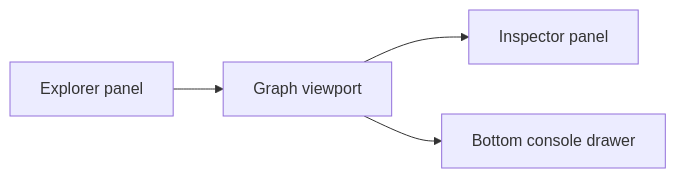
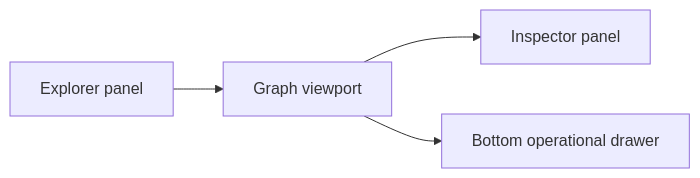
One commit to dunay2/dvt changed the first of 4 diagrams in docs/architecture/components/web/screen-layout-and-cross-surface-behavior-rules.md. Above: the diagram before and after it, drawn with Mermaid. The commit also changed 43 other files, not shown here.

Commit message:
refactor(web): Canonicalize bottom operational drawer

````diff
--- a/docs/architecture/components/web/screen-layout-and-cross-surface-behavior-rules.md
+++ b/docs/architecture/components/web/screen-layout-and-cross-surface-behavior-rules.md
@@ -74,6 +74,6 @@
 ```mermaid
 flowchart LR
   Explorer["Explorer panel"] --> Graph["Graph viewport"]
   Graph --> Inspector["Inspector panel"]
-  Graph --> Console["Bottom console drawer"]
+  Graph --> Operations["Bottom operational drawer"]
 ```
````
